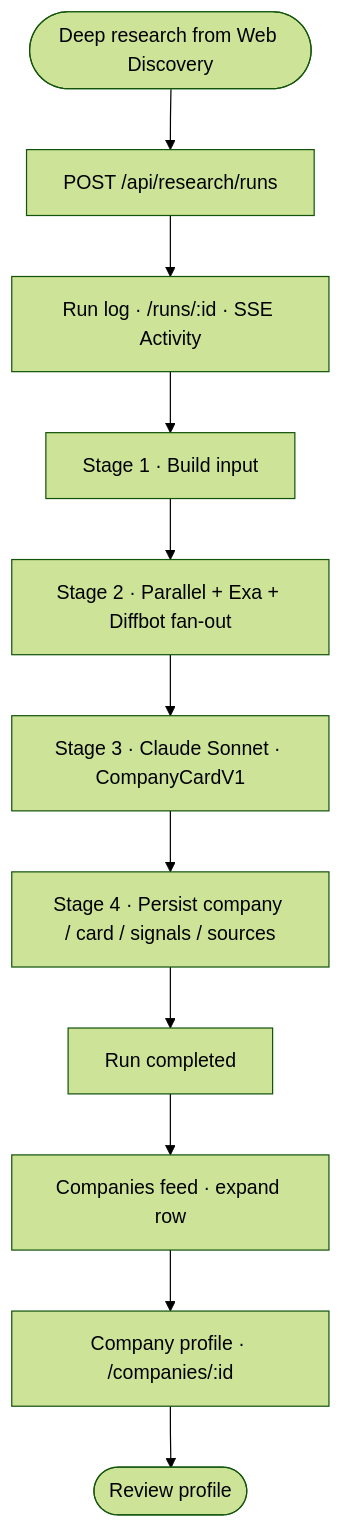
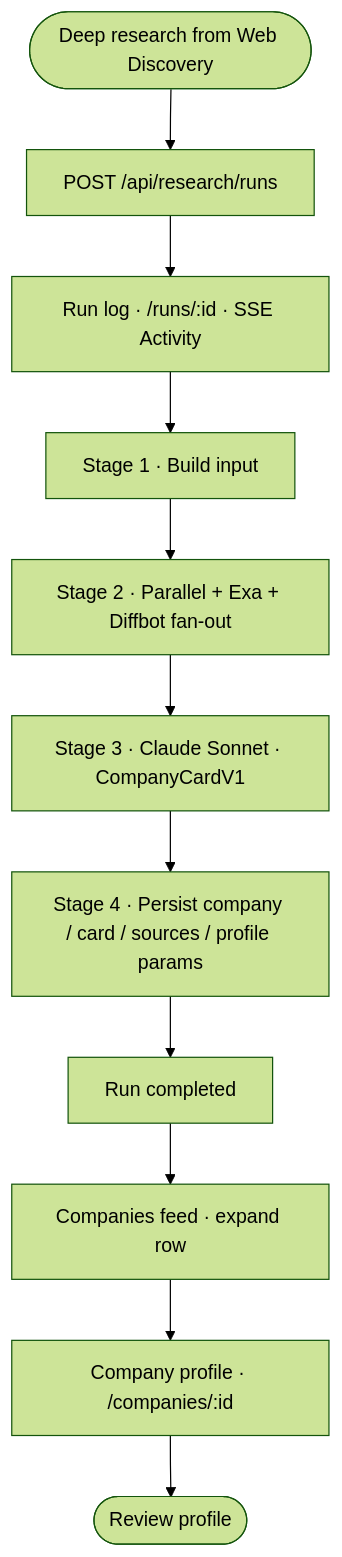
Before and after one commit to Growth-Maschine/NORAD-INTEL-ENGINE-V1: the second of 2 diagrams in docs/phase-1/P1-01-admin.md, drawn with Mermaid (forest theme). The commit also changed other lines of this file and 14 other files, not shown here.

````diff
--- a/docs/phase-1/P1-01-admin.md
+++ b/docs/phase-1/P1-01-admin.md
@@ -467,14 +466,14 @@
 ```mermaid
 flowchart TD
     START([Deep research from Web Discovery]) --> API[POST /api/research/runs]
     API --> RUNLOG[Run log · /runs/:id · SSE Activity]
     RUNLOG --> S1[Stage 1 · Build input]
     S1 --> S2[Stage 2 · Parallel + Exa + Diffbot fan-out]
     S2 --> S3[Stage 3 · Claude Sonnet · CompanyCardV1]
-    S3 --> S4[Stage 4 · Persist company / card / signals / sources]
+    S3 --> S4[Stage 4 · Persist company / card / sources / profile params]
     S4 --> DONE[Run completed]
 
     DONE --> COMP[Companies feed · expand row]
     COMP --> DETAIL[Company profile · /companies/:id]
     DETAIL --> END([Review profile])
 ```
````
